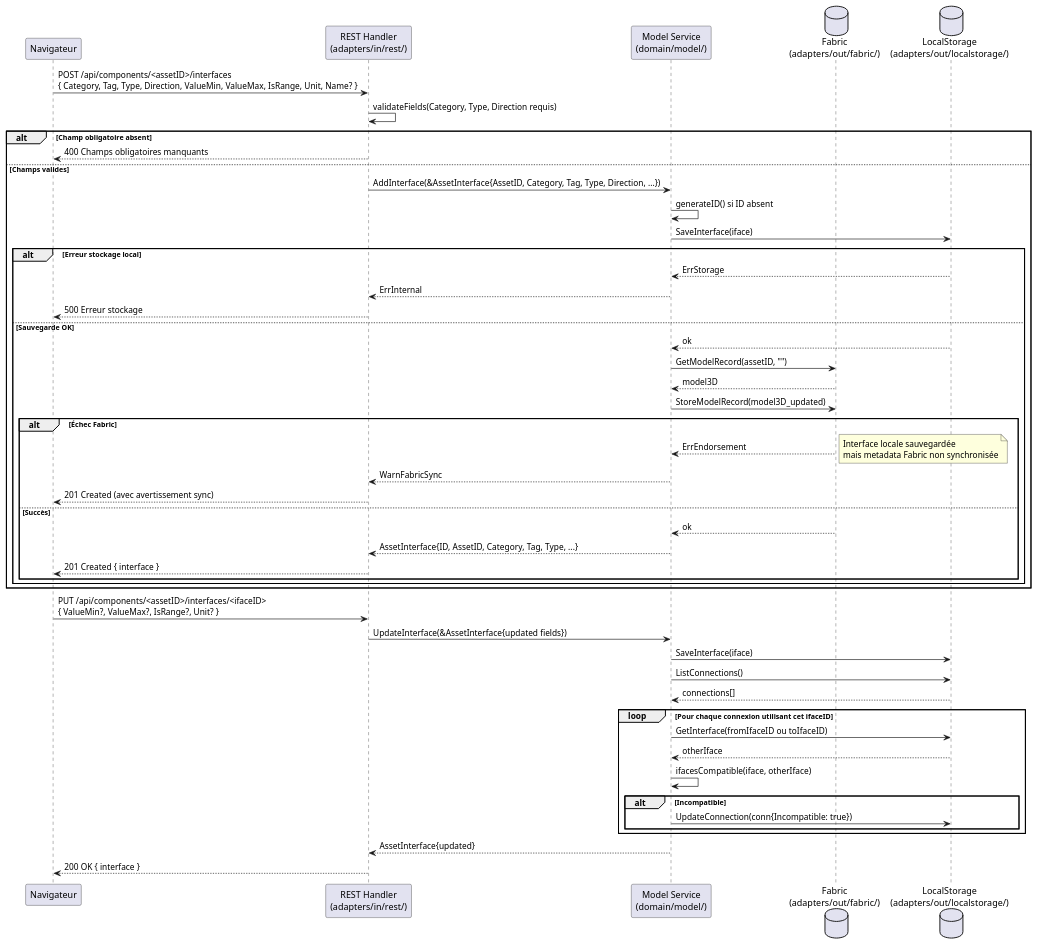
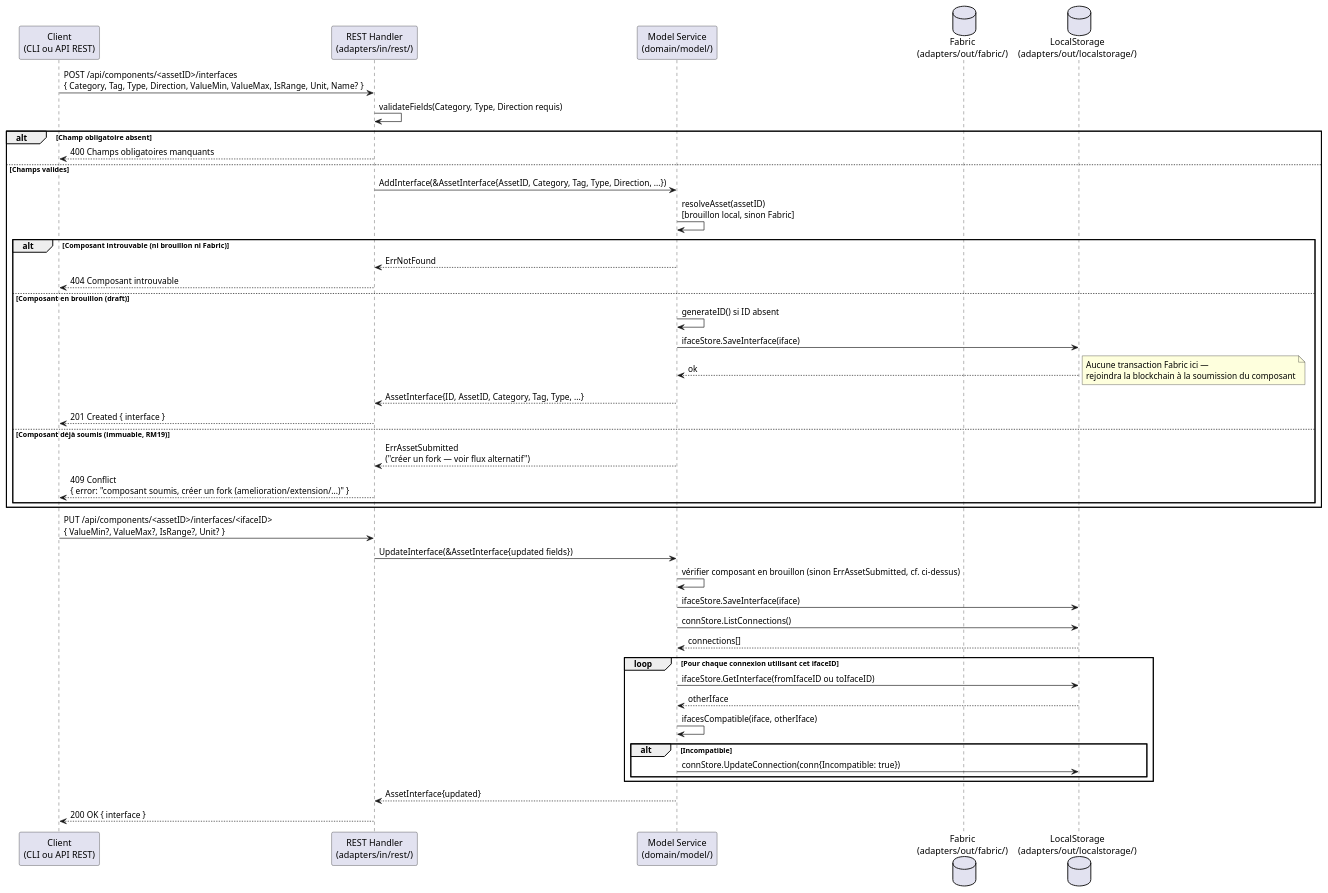
The second of 2 diagrams in specs/2-Analyse/UCCE-Composant_Ecriture/UCCE06.md (olivaux/myr), drawn with PlantUML before and after one commit. The commit also changed other lines of this file and 72 other files, not shown here.

````diff
--- a/specs/2-Analyse/UCCE-Composant_Ecriture/UCCE06.md
+++ b/specs/2-Analyse/UCCE-Composant_Ecriture/UCCE06.md
@@ -125,65 +133,56 @@
 ```plantuml
 @startuml
-participant "Navigateur" as Browser
+participant "Client\n(CLI ou API REST)" as Browser
 participant "REST Handler\n(adapters/in/rest/)" as REST
 participant "Model Service\n(domain/model/)" as ModelSvc
 database "Fabric\n(adapters/out/fabric/)" as Fabric
 database "LocalStorage\n(adapters/out/localstorage/)" as Local
 
 Browser -> REST : POST /api/components/<assetID>/interfaces\n{ Category, Tag, Type, Direction, ValueMin, ValueMax, IsRange, Unit, Name? }
 REST -> REST : validateFields(Category, Type, Direction requis)
 
 alt Champ obligatoire absent
     REST --> Browser : 400 Champs obligatoires manquants
 else Champs valides
     REST -> ModelSvc : AddInterface(&AssetInterface{AssetID, Category, Tag, Type, Direction, ...})
 
-    ModelSvc -> ModelSvc : generateID() si ID absent
-    ModelSvc -> Local : SaveInterface(iface)
+    ModelSvc -> ModelSvc : resolveAsset(assetID)\n[brouillon local, sinon Fabric]
 
-    alt Erreur stockage local
-        Local --> ModelSvc : ErrStorage
-        ModelSvc --> REST : ErrInternal
-        REST --> Browser : 500 Erreur stockage
-    else Sauvegarde OK
+    alt Composant introuvable (ni brouillon ni Fabric)
+        ModelSvc --> REST : ErrNotFound
+        REST --> Browser : 404 Composant introuvable
+    else Composant en brouillon (draft)
+        ModelSvc -> ModelSvc : generateID() si ID absent
+        ModelSvc -> Local : ifaceStore.SaveInterface(iface)
         Local --> ModelSvc : ok
-
-        ModelSvc -> Fabric : GetModelRecord(assetID, "")
-        Fabric --> ModelSvc : model3D
-
-        ModelSvc -> Fabric : StoreModelRecord(model3D_updated)
-
-        alt Échec Fabric
-            Fabric --> ModelSvc : ErrEndorsement
-            note right : Interface locale sauvegardée\nmais metadata Fabric non synchronisée
-            ModelSvc --> REST : WarnFabricSync
-            REST --> Browser : 201 Created (avec avertissement sync)
-        else Succès
-            Fabric --> ModelSvc : ok
-            ModelSvc --> REST : AssetInterface{ID, AssetID, Category, Tag, Type, ...}
-            REST --> Browser : 201 Created { interface }
-        end
+        note right : Aucune transaction Fabric ici —\nrejoindra la blockchain à la soumission du composant
+        ModelSvc --> REST : AssetInterface{ID, AssetID, Category, Tag, Type, ...}
+        REST --> Browser : 201 Created { interface }
+    else Composant déjà soumis (immuable, RM19)
+        ModelSvc --> REST : ErrAssetSubmitted\n("créer un fork — voir flux alternatif")
+        REST --> Browser : 409 Conflict\n{ error: "composant soumis, créer un fork (amelioration/extension/...)" }
     end
 end
 
 Browser -> REST : PUT /api/components/<assetID>/interfaces/<ifaceID>\n{ ValueMin?, ValueMax?, IsRange?, Unit? }
 REST -> ModelSvc : UpdateInterface(&AssetInterface{updated fields})
 
-ModelSvc -> Local : SaveInterface(iface)
-ModelSvc -> Local : ListConnections()
+ModelSvc -> ModelSvc : vérifier composant en brouillon (sinon ErrAssetSubmitted, cf. ci-dessus)
+ModelSvc -> Local : ifaceStore.SaveInterface(iface)
+ModelSvc -> Local : connStore.ListConnections()
 Local --> ModelSvc : connections[]
 
 loop Pour chaque connexion utilisant cet ifaceID
-    ModelSvc -> Local : GetInterface(fromIfaceID ou toIfaceID)
+    ModelSvc -> Local : ifaceStore.GetInterface(fromIfaceID ou toIfaceID)
     Local --> ModelSvc : otherIface
     ModelSvc -> ModelSvc : ifacesCompatible(iface, otherIface)
     alt Incompatible
-        ModelSvc -> Local : UpdateConnection(conn{Incompatible: true})
+        ModelSvc -> Local : connStore.UpdateConnection(conn{Incompatible: true})
     end
 end
 
 ModelSvc --> REST : AssetInterface{updated}
 REST --> Browser : 200 OK { interface }
 
 @enduml
 ```
````
